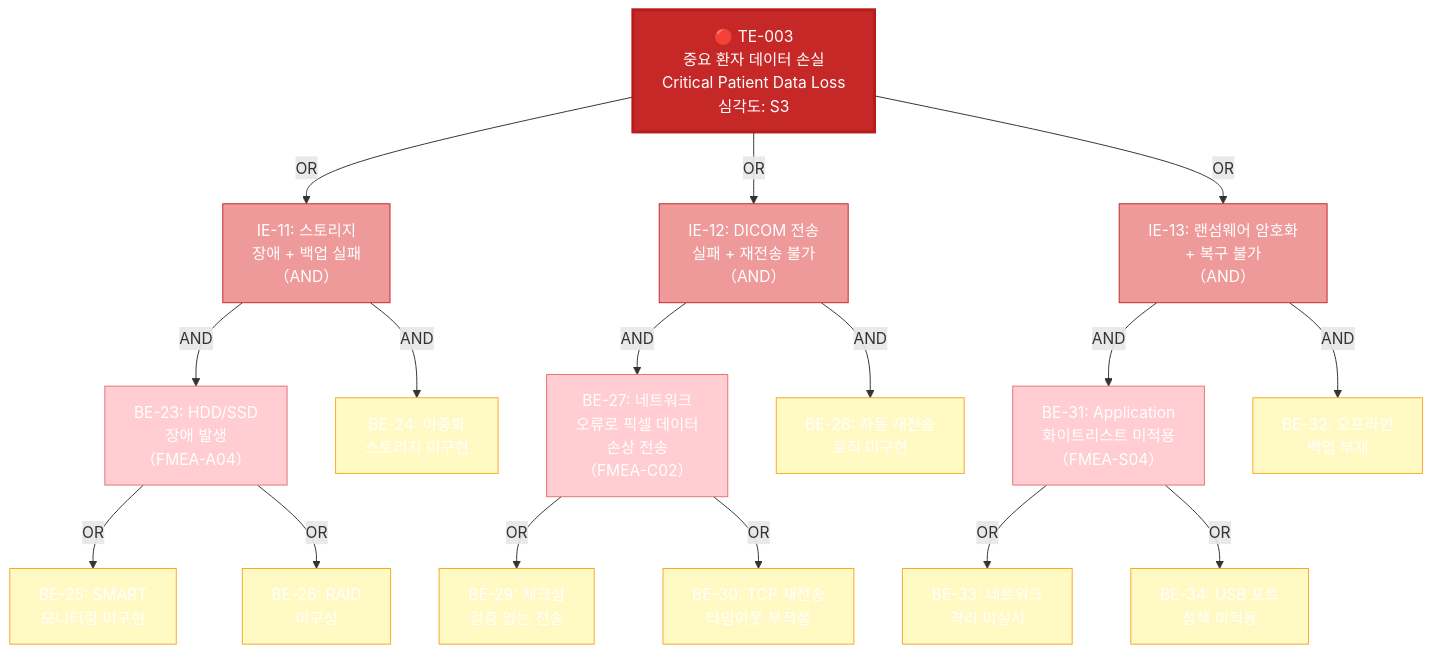
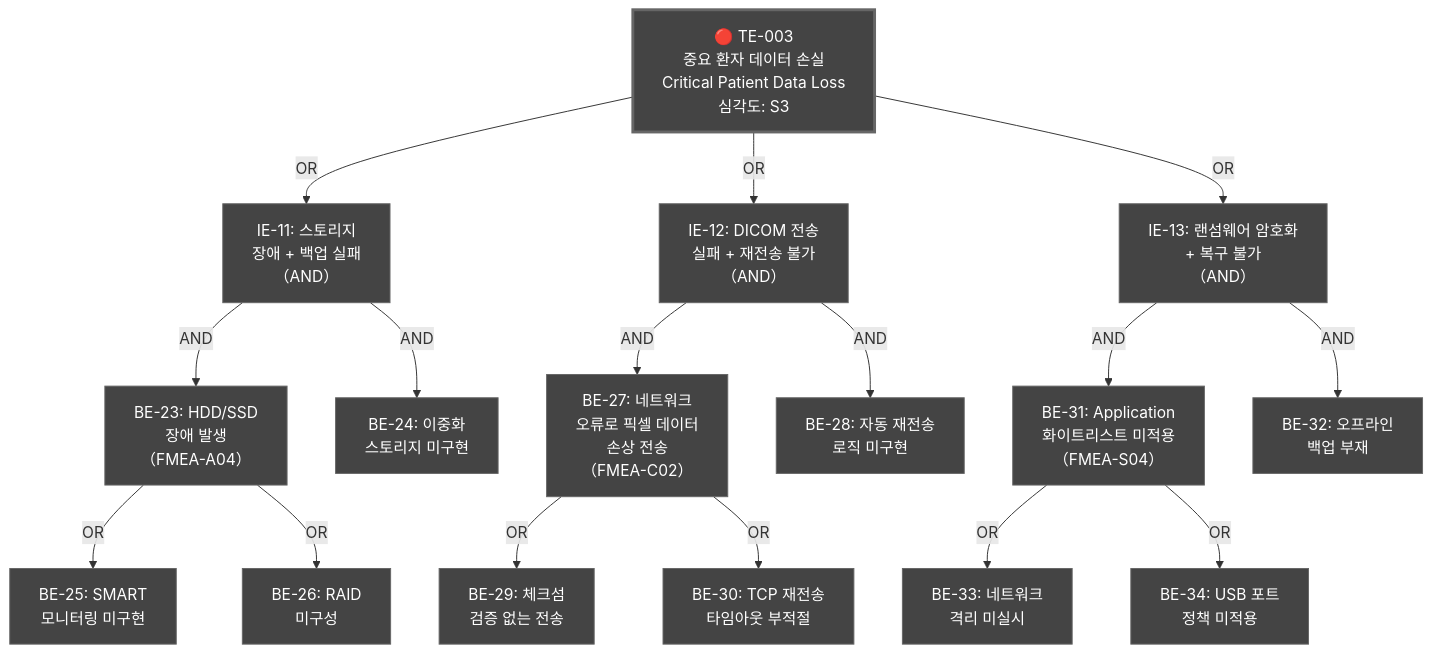
The fifth of 11 diagrams in docs/risk/DOC-009_FMEA_v1.0.md (holee9/console-gui), drawn with Mermaid before and after one commit. The commit also changed other lines of this file and 35 other files, not shown here.

First line of the commit message:
fix: 전체 Mermaid 차트 색상 진한 회색 통일

````diff
--- a/docs/risk/DOC-009_FMEA_v1.0.md
+++ b/docs/risk/DOC-009_FMEA_v1.0.md
@@ -479,48 +479,48 @@
 ```mermaid
 graph TD
     classDef default fill:#444,stroke:#666,color:#fff
     TE3["🔴 TE-003\n중요 환자 데이터 손실\nCritical Patient Data Loss\n심각도: S3"]
 
     TE3 -- OR --> IE11
     TE3 -- OR --> IE12
     TE3 -- OR --> IE13
 
     IE11["IE-11: 스토리지\n장애 + 백업 실패\n（AND）"]
     IE12["IE-12: DICOM 전송\n실패 + 재전송 불가\n（AND）"]
     IE13["IE-13: 랜섬웨어 암호화\n+ 복구 불가\n（AND）"]
 
     IE11 -- AND --> BE23["BE-23: HDD/SSD\n장애 발생\n（FMEA-A04）"]
     IE11 -- AND --> BE24["BE-24: 이중화\n스토리지 미구현"]
 
     BE23 -- OR --> BE25["BE-25: SMART\n모니터링 미구현"]
     BE23 -- OR --> BE26["BE-26: RAID\n미구성"]
 
     IE12 -- AND --> BE27["BE-27: 네트워크\n오류로 픽셀 데이터\n손상 전송\n（FMEA-C02）"]
     IE12 -- AND --> BE28["BE-28: 자동 재전송\n로직 미구현"]
 
     BE27 -- OR --> BE29["BE-29: 체크섬\n검증 없는 전송"]
     BE27 -- OR --> BE30["BE-30: TCP 재전송\n타임아웃 부적절"]
 
     IE13 -- AND --> BE31["BE-31: Application\n화이트리스트 미적용\n（FMEA-S04）"]
     IE13 -- AND --> BE32["BE-32: 오프라인\n백업 부재"]
 
     BE31 -- OR --> BE33["BE-33: 네트워크\n격리 미실시"]
     BE31 -- OR --> BE34["BE-34: USB 포트\n정책 미적용"]
 
-    style TE3 fill:#c62828,color:#ffffff,stroke:#b71c1c,stroke-width:3px
-    style IE11 fill:#ef9a9a,stroke:#c62828
-    style IE12 fill:#ef9a9a,stroke:#c62828
-    style IE13 fill:#ef9a9a,stroke:#c62828
-    style BE23 fill:#ffcdd2,stroke:#e57373
-    style BE27 fill:#ffcdd2,stroke:#e57373
-    style BE31 fill:#ffcdd2,stroke:#e57373
-    style BE24 fill:#fff9c4,stroke:#f9a825
-    style BE25 fill:#fff9c4,stroke:#f9a825
-    style BE26 fill:#fff9c4,stroke:#f9a825
-    style BE28 fill:#fff9c4,stroke:#f9a825
-    style BE29 fill:#fff9c4,stroke:#f9a825
-    style BE30 fill:#fff9c4,stroke:#f9a825
-    style BE32 fill:#fff9c4,stroke:#f9a825
-    style BE33 fill:#fff9c4,stroke:#f9a825
-    style BE34 fill:#fff9c4,stroke:#f9a825
+    style TE3 fill:#444,color:#fff,stroke:#666,stroke-width:3px
+    style IE11 fill:#444,stroke:#666
+    style IE12 fill:#444,stroke:#666
+    style IE13 fill:#444,stroke:#666
+    style BE23 fill:#444,stroke:#666
+    style BE27 fill:#444,stroke:#666
+    style BE31 fill:#444,stroke:#666
+    style BE24 fill:#444,stroke:#666
+    style BE25 fill:#444,stroke:#666
+    style BE26 fill:#444,stroke:#666
+    style BE28 fill:#444,stroke:#666
+    style BE29 fill:#444,stroke:#666
+    style BE30 fill:#444,stroke:#666
+    style BE32 fill:#444,stroke:#666
+    style BE33 fill:#444,stroke:#666
+    style BE34 fill:#444,stroke:#666
 ```
````
